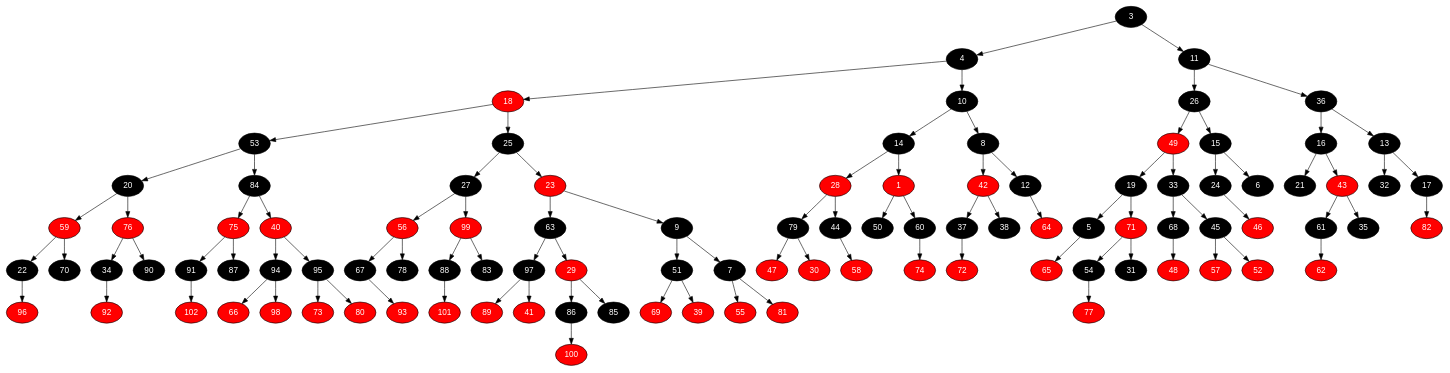
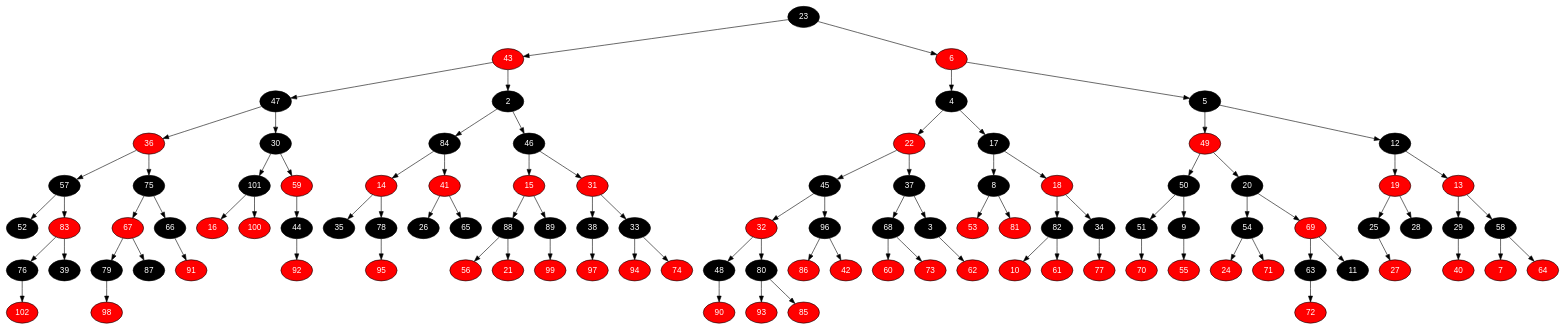
The diagram in T3/outputs/01-mar-pequeno-1par-naus_d-01-n1-n2-ac.dot (marcotuiio/Data_Structures), drawn with Graphviz before and after one commit. The commit also changed 634 other files, not shown here.

```diff
--- a/T3/outputs/01-mar-pequeno-1par-naus_d-01-n1-n2-ac.dot
+++ b/T3/outputs/01-mar-pequeno-1par-naus_d-01-n1-n2-ac.dot
@@ -3,207 +3,207 @@
 	edge [fontname="Helvetica,Arial,sans-serif" color="black"]
 
 	{
-		node [fillcolor=" black" fontcolor=" white"] 3 
+		node [fillcolor=" black" fontcolor=" white"] 23 
+		node [fillcolor=" red" fontcolor=" white"] 43 
+		node [fillcolor=" black" fontcolor=" white"] 47 
+		node [fillcolor=" red" fontcolor=" white"] 36 
+		node [fillcolor=" black" fontcolor=" white"] 57 
+		node [fillcolor=" black" fontcolor=" white"] 52 
+		node [fillcolor=" red" fontcolor=" white"] 83 
+		node [fillcolor=" black" fontcolor=" white"] 76 
+		node [fillcolor=" red" fontcolor=" white"] 102 
+		node [fillcolor=" black" fontcolor=" white"] 39 
+		node [fillcolor=" black" fontcolor=" white"] 75 
+		node [fillcolor=" red" fontcolor=" white"] 67 
+		node [fillcolor=" black" fontcolor=" white"] 79 
+		node [fillcolor=" red" fontcolor=" white"] 98 
+		node [fillcolor=" black" fontcolor=" white"] 87 
+		node [fillcolor=" black" fontcolor=" white"] 66 
+		node [fillcolor=" red" fontcolor=" white"] 91 
+		node [fillcolor=" black" fontcolor=" white"] 30 
+		node [fillcolor=" black" fontcolor=" white"] 101 
+		node [fillcolor=" red" fontcolor=" white"] 16 
+		node [fillcolor=" red" fontcolor=" white"] 100 
+		node [fillcolor=" red" fontcolor=" white"] 59 
+		node [fillcolor=" black" fontcolor=" white"] 44 
+		node [fillcolor=" red" fontcolor=" white"] 92 
+		node [fillcolor=" black" fontcolor=" white"] 2 
+		node [fillcolor=" black" fontcolor=" white"] 84 
+		node [fillcolor=" red" fontcolor=" white"] 14 
+		node [fillcolor=" black" fontcolor=" white"] 35 
+		node [fillcolor=" black" fontcolor=" white"] 78 
+		node [fillcolor=" red" fontcolor=" white"] 95 
+		node [fillcolor=" red" fontcolor=" white"] 41 
+		node [fillcolor=" black" fontcolor=" white"] 26 
+		node [fillcolor=" black" fontcolor=" white"] 65 
+		node [fillcolor=" black" fontcolor=" white"] 46 
+		node [fillcolor=" red" fontcolor=" white"] 15 
+		node [fillcolor=" black" fontcolor=" white"] 88 
+		node [fillcolor=" red" fontcolor=" white"] 56 
+		node [fillcolor=" red" fontcolor=" white"] 21 
+		node [fillcolor=" black" fontcolor=" white"] 89 
+		node [fillcolor=" red" fontcolor=" white"] 99 
+		node [fillcolor=" red" fontcolor=" white"] 31 
+		node [fillcolor=" black" fontcolor=" white"] 38 
+		node [fillcolor=" red" fontcolor=" white"] 97 
+		node [fillcolor=" black" fontcolor=" white"] 33 
+		node [fillcolor=" red" fontcolor=" white"] 94 
+		node [fillcolor=" red" fontcolor=" white"] 74 
+		node [fillcolor=" red" fontcolor=" white"] 6 
 		node [fillcolor=" black" fontcolor=" white"] 4 
-		node [fillcolor=" red" fontcolor=" white"] 18 
-		node [fillcolor=" black" fontcolor=" white"] 53 
-		node [fillcolor=" black" fontcolor=" white"] 20 
-		node [fillcolor=" red" fontcolor=" white"] 59 
-		node [fillcolor=" black" fontcolor=" white"] 22 
-		node [fillcolor=" red" fontcolor=" white"] 96 
-		node [fillcolor=" black" fontcolor=" white"] 70 
-		node [fillcolor=" red" fontcolor=" white"] 76 
-		node [fillcolor=" black" fontcolor=" white"] 34 
-		node [fillcolor=" red" fontcolor=" white"] 92 
-		node [fillcolor=" black" fontcolor=" white"] 90 
-		node [fillcolor=" black" fontcolor=" white"] 84 
-		node [fillcolor=" red" fontcolor=" white"] 75 
-		node [fillcolor=" black" fontcolor=" white"] 91 
-		node [fillcolor=" red" fontcolor=" white"] 102 
-		node [fillcolor=" black" fontcolor=" white"] 87 
-		node [fillcolor=" red" fontcolor=" white"] 40 
-		node [fillcolor=" black" fontcolor=" white"] 94 
-		node [fillcolor=" red" fontcolor=" white"] 66 
-		node [fillcolor=" red" fontcolor=" white"] 98 
-		node [fillcolor=" black" fontcolor=" white"] 95 
-		node [fillcolor=" red" fontcolor=" white"] 73 
-		node [fillcolor=" red" fontcolor=" white"] 80 
-		node [fillcolor=" black" fontcolor=" white"] 25 
-		node [fillcolor=" black" fontcolor=" white"] 27 
-		node [fillcolor=" red" fontcolor=" white"] 56 
-		node [fillcolor=" black" fontcolor=" white"] 67 
+		node [fillcolor=" red" fontcolor=" white"] 22 
+		node [fillcolor=" black" fontcolor=" white"] 45 
+		node [fillcolor=" red" fontcolor=" white"] 32 
+		node [fillcolor=" black" fontcolor=" white"] 48 
+		node [fillcolor=" red" fontcolor=" white"] 90 
+		node [fillcolor=" black" fontcolor=" white"] 80 
 		node [fillcolor=" red" fontcolor=" white"] 93 
-		node [fillcolor=" black" fontcolor=" white"] 78 
-		node [fillcolor=" red" fontcolor=" white"] 99 
-		node [fillcolor=" black" fontcolor=" white"] 88 
-		node [fillcolor=" red" fontcolor=" white"] 101 
-		node [fillcolor=" black" fontcolor=" white"] 83 
-		node [fillcolor=" red" fontcolor=" white"] 23 
-		node [fillcolor=" black" fontcolor=" white"] 63 
-		node [fillcolor=" black" fontcolor=" white"] 97 
-		node [fillcolor=" red" fontcolor=" white"] 89 
-		node [fillcolor=" red" fontcolor=" white"] 41 
-		node [fillcolor=" red" fontcolor=" white"] 29 
-		node [fillcolor=" black" fontcolor=" white"] 86 
-		node [fillcolor=" red" fontcolor=" white"] 100 
-		node [fillcolor=" black" fontcolor=" white"] 85 
-		node [fillcolor=" black" fontcolor=" white"] 9 
-		node [fillcolor=" black" fontcolor=" white"] 51 
-		node [fillcolor=" red" fontcolor=" white"] 69 
-		node [fillcolor=" red" fontcolor=" white"] 39 
-		node [fillcolor=" black" fontcolor=" white"] 7 
-		node [fillcolor=" red" fontcolor=" white"] 55 
-		node [fillcolor=" red" fontcolor=" white"] 81 
-		node [fillcolor=" black" fontcolor=" white"] 10 
-		node [fillcolor=" black" fontcolor=" white"] 14 
-		node [fillcolor=" red" fontcolor=" white"] 28 
-		node [fillcolor=" black" fontcolor=" white"] 79 
-		node [fillcolor=" red" fontcolor=" white"] 47 
-		node [fillcolor=" red" fontcolor=" white"] 30 
-		node [fillcolor=" black" fontcolor=" white"] 44 
-		node [fillcolor=" red" fontcolor=" white"] 58 
-		node [fillcolor=" red" fontcolor=" white"] 1 
-		node [fillcolor=" black" fontcolor=" white"] 50 
-		node [fillcolor=" black" fontcolor=" white"] 60 
-		node [fillcolor=" red" fontcolor=" white"] 74 
-		node [fillcolor=" black" fontcolor=" white"] 8 
+		node [fillcolor=" red" fontcolor=" white"] 85 
+		node [fillcolor=" black" fontcolor=" white"] 96 
+		node [fillcolor=" red" fontcolor=" white"] 86 
 		node [fillcolor=" red" fontcolor=" white"] 42 
 		node [fillcolor=" black" fontcolor=" white"] 37 
+		node [fillcolor=" black" fontcolor=" white"] 68 
+		node [fillcolor=" red" fontcolor=" white"] 60 
+		node [fillcolor=" red" fontcolor=" white"] 73 
+		node [fillcolor=" black" fontcolor=" white"] 3 
+		node [fillcolor=" red" fontcolor=" white"] 62 
+		node [fillcolor=" black" fontcolor=" white"] 17 
+		node [fillcolor=" black" fontcolor=" white"] 8 
+		node [fillcolor=" red" fontcolor=" white"] 53 
+		node [fillcolor=" red" fontcolor=" white"] 81 
+		node [fillcolor=" red" fontcolor=" white"] 18 
+		node [fillcolor=" black" fontcolor=" white"] 82 
+		node [fillcolor=" red" fontcolor=" white"] 10 
+		node [fillcolor=" red" fontcolor=" white"] 61 
+		node [fillcolor=" black" fontcolor=" white"] 34 
+		node [fillcolor=" red" fontcolor=" white"] 77 
+		node [fillcolor=" black" fontcolor=" white"] 5 
+		node [fillcolor=" red" fontcolor=" white"] 49 
+		node [fillcolor=" black" fontcolor=" white"] 50 
+		node [fillcolor=" black" fontcolor=" white"] 51 
+		node [fillcolor=" red" fontcolor=" white"] 70 
+		node [fillcolor=" black" fontcolor=" white"] 9 
+		node [fillcolor=" red" fontcolor=" white"] 55 
+		node [fillcolor=" black" fontcolor=" white"] 20 
+		node [fillcolor=" black" fontcolor=" white"] 54 
+		node [fillcolor=" red" fontcolor=" white"] 24 
+		node [fillcolor=" red" fontcolor=" white"] 71 
+		node [fillcolor=" red" fontcolor=" white"] 69 
+		node [fillcolor=" black" fontcolor=" white"] 63 
 		node [fillcolor=" red" fontcolor=" white"] 72 
-		node [fillcolor=" black" fontcolor=" white"] 38 
+		node [fillcolor=" black" fontcolor=" white"] 11 
 		node [fillcolor=" black" fontcolor=" white"] 12 
+		node [fillcolor=" red" fontcolor=" white"] 19 
+		node [fillcolor=" black" fontcolor=" white"] 25 
+		node [fillcolor=" red" fontcolor=" white"] 27 
+		node [fillcolor=" black" fontcolor=" white"] 28 
+		node [fillcolor=" red" fontcolor=" white"] 13 
+		node [fillcolor=" black" fontcolor=" white"] 29 
+		node [fillcolor=" red" fontcolor=" white"] 40 
+		node [fillcolor=" black" fontcolor=" white"] 58 
+		node [fillcolor=" red" fontcolor=" white"] 7 
 		node [fillcolor=" red" fontcolor=" white"] 64 
-		node [fillcolor=" black" fontcolor=" white"] 11 
-		node [fillcolor=" black" fontcolor=" white"] 26 
-		node [fillcolor=" red" fontcolor=" white"] 49 
-		node [fillcolor=" black" fontcolor=" white"] 19 
-		node [fillcolor=" black" fontcolor=" white"] 5 
-		node [fillcolor=" red" fontcolor=" white"] 65 
-		node [fillcolor=" red" fontcolor=" white"] 71 
-		node [fillcolor=" black" fontcolor=" white"] 54 
-		node [fillcolor=" red" fontcolor=" white"] 77 
-		node [fillcolor=" black" fontcolor=" white"] 31 
-		node [fillcolor=" black" fontcolor=" white"] 33 
-		node [fillcolor=" black" fontcolor=" white"] 68 
-		node [fillcolor=" red" fontcolor=" white"] 48 
-		node [fillcolor=" black" fontcolor=" white"] 45 
-		node [fillcolor=" red" fontcolor=" white"] 57 
-		node [fillcolor=" red" fontcolor=" white"] 52 
-		node [fillcolor=" black" fontcolor=" white"] 15 
-		node [fillcolor=" black" fontcolor=" white"] 24 
-		node [fillcolor=" red" fontcolor=" white"] 46 
-		node [fillcolor=" black" fontcolor=" white"] 6 
-		node [fillcolor=" black" fontcolor=" white"] 36 
-		node [fillcolor=" black" fontcolor=" white"] 16 
-		node [fillcolor=" black" fontcolor=" white"] 21 
-		node [fillcolor=" red" fontcolor=" white"] 43 
-		node [fillcolor=" black" fontcolor=" white"] 61 
-		node [fillcolor=" red" fontcolor=" white"] 62 
-		node [fillcolor=" black" fontcolor=" white"] 35 
-		node [fillcolor=" black" fontcolor=" white"] 13 
-		node [fillcolor=" black" fontcolor=" white"] 32 
-		node [fillcolor=" black" fontcolor=" white"] 17 
-		node [fillcolor=" red" fontcolor=" white"] 82 
 	}
 
-	3 -> 4 
-	3 -> 11 
-	4 -> 18 
-	4 -> 10 
-	18 -> 53 
-	18 -> 25 
-	53 -> 20 
-	53 -> 84 
-	20 -> 59 
-	20 -> 76 
-	59 -> 22 
-	59 -> 70 
-	22 -> 96 
-	76 -> 34 
-	76 -> 90 
-	34 -> 92 
-	84 -> 75 
-	84 -> 40 
-	75 -> 91 
-	75 -> 87 
-	91 -> 102 
-	40 -> 94 
-	40 -> 95 
-	94 -> 66 
-	94 -> 98 
-	95 -> 73 
-	95 -> 80 
+	23 -> 43 
+	23 -> 6 
+	43 -> 47 
+	43 -> 2 
+	47 -> 36 
+	47 -> 30 
+	36 -> 57 
+	36 -> 75 
+	57 -> 52 
+	57 -> 83 
+	83 -> 76 
+	83 -> 39 
+	76 -> 102 
+	75 -> 67 
+	75 -> 66 
+	67 -> 79 
+	67 -> 87 
+	79 -> 98 
+	66 -> 91 
+	30 -> 101 
+	30 -> 59 
+	101 -> 16 
+	101 -> 100 
+	59 -> 44 
+	44 -> 92 
+	2 -> 84 
+	2 -> 46 
+	84 -> 14 
+	84 -> 41 
+	14 -> 35 
+	14 -> 78 
+	78 -> 95 
+	41 -> 26 
+	41 -> 65 
+	46 -> 15 
+	46 -> 31 
+	15 -> 88 
+	15 -> 89 
+	88 -> 56 
+	88 -> 21 
+	89 -> 99 
+	31 -> 38 
+	31 -> 33 
+	38 -> 97 
+	33 -> 94 
+	33 -> 74 
+	6 -> 4 
+	6 -> 5 
+	4 -> 22 
+	4 -> 17 
+	22 -> 45 
+	22 -> 37 
+	45 -> 32 
+	45 -> 96 
+	32 -> 48 
+	32 -> 80 
+	48 -> 90 
+	80 -> 93 
+	80 -> 85 
+	96 -> 86 
+	96 -> 42 
+	37 -> 68 
+	37 -> 3 
+	68 -> 60 
+	68 -> 73 
+	3 -> 62 
+	17 -> 8 
+	17 -> 18 
+	8 -> 53 
+	8 -> 81 
+	18 -> 82 
+	18 -> 34 
+	82 -> 10 
+	82 -> 61 
+	34 -> 77 
+	5 -> 49 
+	5 -> 12 
+	49 -> 50 
+	49 -> 20 
+	50 -> 51 
+	50 -> 9 
+	51 -> 70 
+	9 -> 55 
+	20 -> 54 
+	20 -> 69 
+	54 -> 24 
+	54 -> 71 
+	69 -> 63 
+	69 -> 11 
+	63 -> 72 
+	12 -> 19 
+	12 -> 13 
+	19 -> 25 
+	19 -> 28 
 	25 -> 27 
-	25 -> 23 
-	27 -> 56 
-	27 -> 99 
-	56 -> 67 
-	56 -> 78 
-	67 -> 93 
-	99 -> 88 
-	99 -> 83 
-	88 -> 101 
-	23 -> 63 
-	23 -> 9 
-	63 -> 97 
-	63 -> 29 
-	97 -> 89 
-	97 -> 41 
-	29 -> 86 
-	29 -> 85 
-	86 -> 100 
-	9 -> 51 
-	9 -> 7 
-	51 -> 69 
-	51 -> 39 
-	7 -> 55 
-	7 -> 81 
-	10 -> 14 
-	10 -> 8 
-	14 -> 28 
-	14 -> 1 
-	28 -> 79 
-	28 -> 44 
-	79 -> 47 
-	79 -> 30 
-	44 -> 58 
-	1 -> 50 
-	1 -> 60 
-	60 -> 74 
-	8 -> 42 
-	8 -> 12 
-	42 -> 37 
-	42 -> 38 
-	37 -> 72 
-	12 -> 64 
-	11 -> 26 
-	11 -> 36 
-	26 -> 49 
-	26 -> 15 
-	49 -> 19 
-	49 -> 33 
-	19 -> 5 
-	19 -> 71 
-	5 -> 65 
-	71 -> 54 
-	71 -> 31 
-	54 -> 77 
-	33 -> 68 
-	33 -> 45 
-	68 -> 48 
-	45 -> 57 
-	45 -> 52 
-	15 -> 24 
-	15 -> 6 
-	24 -> 46 
-	36 -> 16 
-	36 -> 13 
-	16 -> 21 
-	16 -> 43 
-	43 -> 61 
-	43 -> 35 
-	61 -> 62 
-	13 -> 32 
-	13 -> 17 
-	17 -> 82 
+	13 -> 29 
+	13 -> 58 
+	29 -> 40 
+	58 -> 7 
+	58 -> 64 
 }
```
